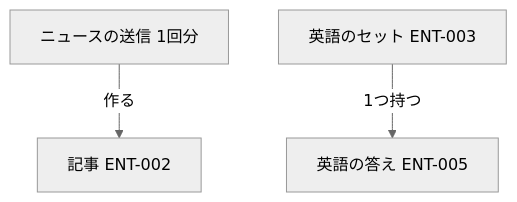
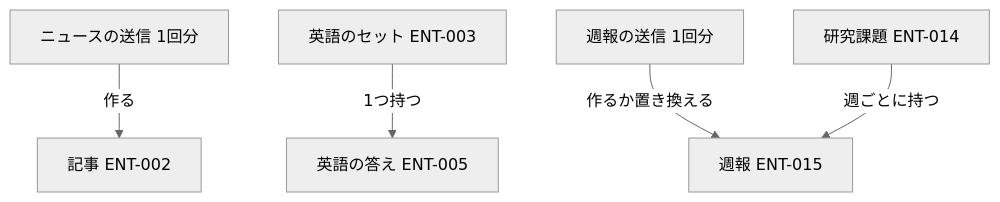
The second of 2 diagrams in docs/upstream/bd/BD-06-external-interface.md (shota-urano/nexus), drawn with Mermaid (neutral theme) before and after one commit. The commit also changed other lines of this file and 41 other files, not shown here.

````diff
--- a/docs/upstream/bd/BD-06-external-interface.md
+++ b/docs/upstream/bd/BD-06-external-interface.md
@@ -230,5 +286,7 @@
 ```mermaid
 flowchart TB
   NB[ニュースの送信 1回分] -- 作る --> A[記事 ENT-002]
   ES[英語のセット ENT-003] -- 1つ持つ --> AN[英語の答え ENT-005]
+  RS[週報の送信 1回分] -- 作るか置き換える --> RP[週報 ENT-015]
+  RT[研究課題 ENT-014] -- 週ごとに持つ --> RP
 ```
````
